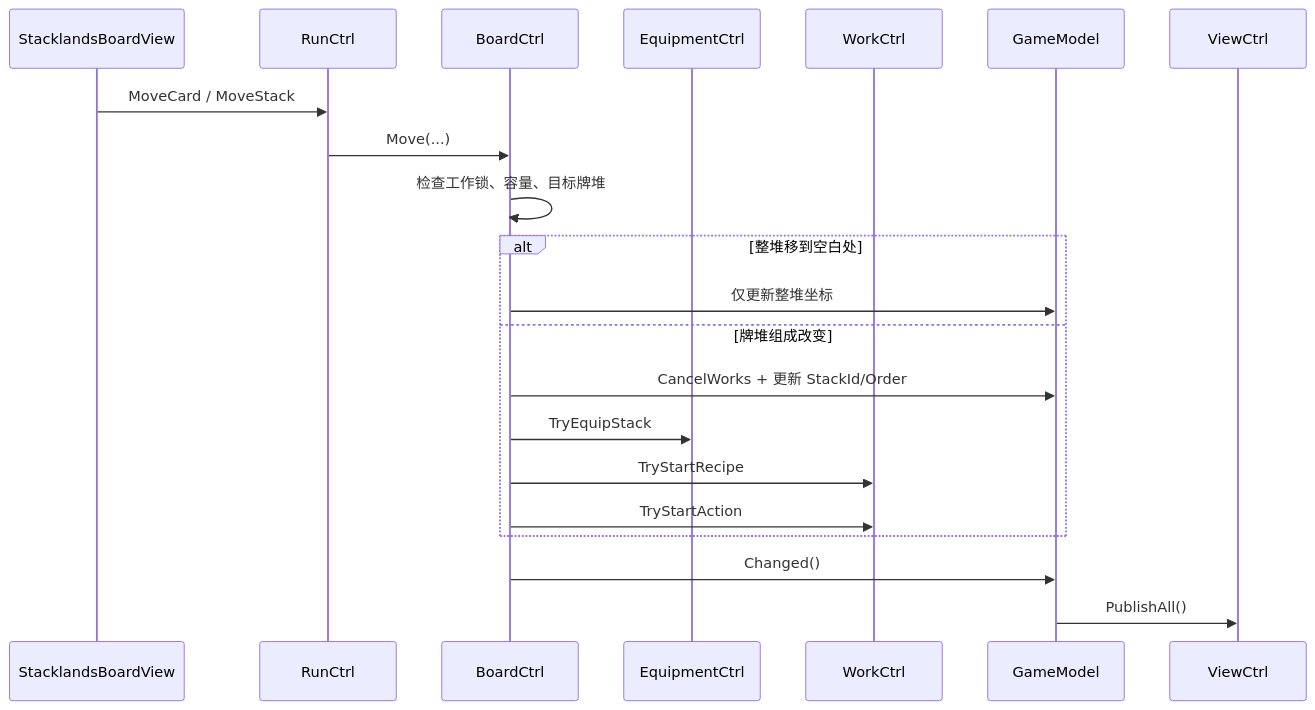
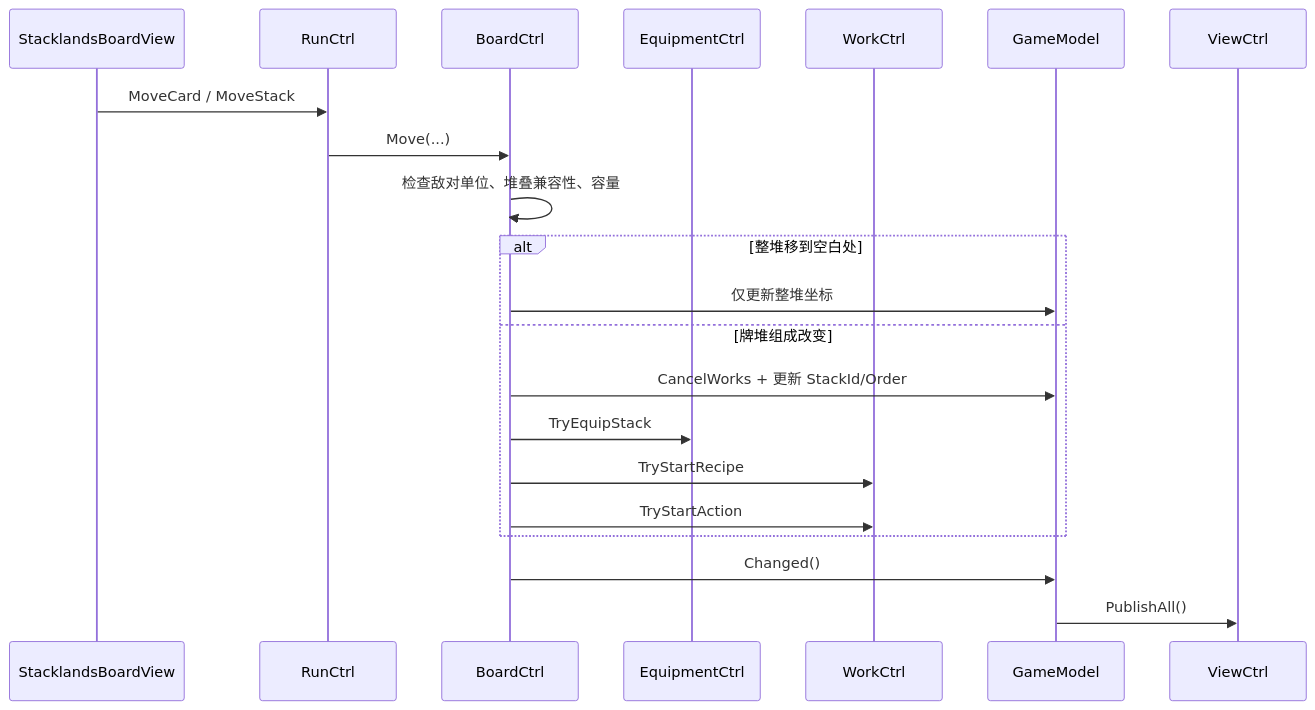
The fifth of 5 diagrams in Books/游戏核心代码说明.md (raywang3543/TEngine), drawn with Mermaid before and after one commit. The commit also changed other lines of this file and 13 other files, not shown here.

````diff
--- a/Books/游戏核心代码说明.md
+++ b/Books/游戏核心代码说明.md
@@ -336,24 +345,24 @@
 ```mermaid
 sequenceDiagram
     participant View as StacklandsBoardView
     participant Run as RunCtrl
     participant Board as BoardCtrl
     participant Equip as EquipmentCtrl
     participant Work as WorkCtrl
     participant Model as GameModel
     participant VC as ViewCtrl
 
     View->>Run: MoveCard / MoveStack
     Run->>Board: Move(...)
-    Board->>Board: 检查工作锁、容量、目标牌堆
+    Board->>Board: 检查敌对单位、堆叠兼容性、容量
     alt 整堆移到空白处
         Board->>Model: 仅更新整堆坐标
     else 牌堆组成改变
         Board->>Model: CancelWorks + 更新 StackId/Order
         Board->>Equip: TryEquipStack
         Board->>Work: TryStartRecipe
         Board->>Work: TryStartAction
     end
     Board->>Model: Changed()
     Model->>VC: PublishAll()
 ```
````
